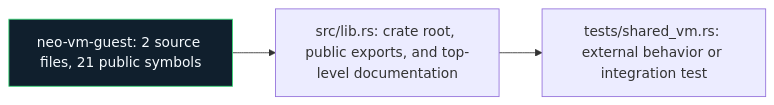
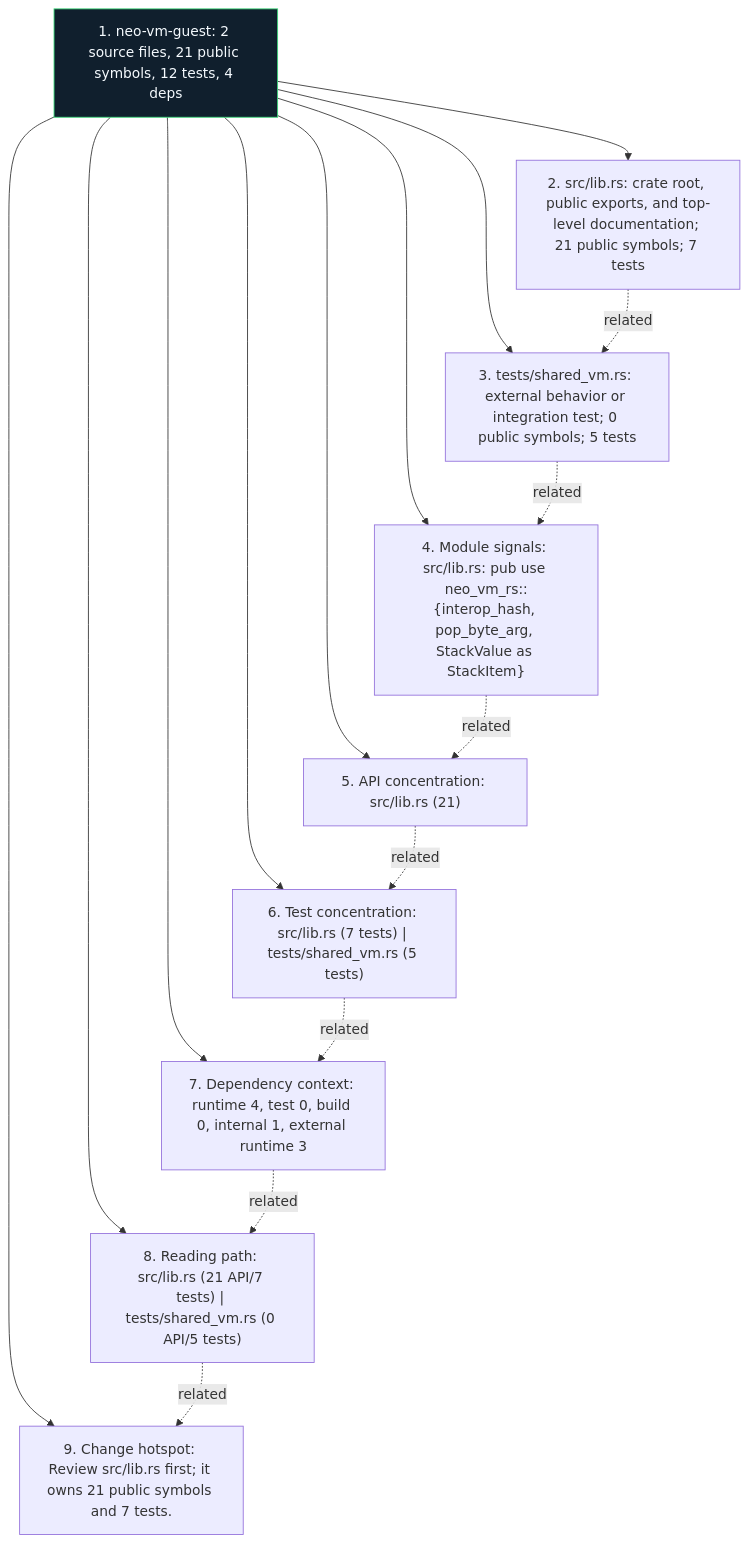
One commit to r3e-network/neo-zkvm changed the diagram in crates/neo-vm-guest/docs/figures/module-map.mmd. Above: the diagram before and after it, drawn with Mermaid. The commit also changed 307 other files, not shown here.

Commit message:
Deepen crate diagrams with source-aware atlas

```diff
--- a/crates/neo-vm-guest/docs/figures/module-map.mmd
+++ b/crates/neo-vm-guest/docs/figures/module-map.mmd
@@ -1,8 +1,27 @@
-flowchart LR
-    N1["neo-vm-guest: 2 source files, 21 public symbols"]
-    N2["src/lib.rs: crate root, public exports, and top-level documentation"]
-    N3["tests/shared_vm.rs: external behavior or integration test"]
+flowchart TB
+    N1["1. neo-vm-guest: 2 source files, 21 public symbols, 12 tests, 4 deps"]
+    N2["2. src/lib.rs: crate root, public exports, and top-level documentation; 21 public symbols; 7 tests"]
+    N3["3. tests/shared_vm.rs: external behavior or integration test; 0 public symbols; 5 tests"]
+    N4["4. Module signals: src/lib.rs: pub use neo_vm_rs::{interop_hash, pop_byte_arg, StackValue as StackItem}"]
+    N5["5. API concentration: src/lib.rs (21)"]
+    N6["6. Test concentration: src/lib.rs (7 tests) | tests/shared_vm.rs (5 tests)"]
+    N7["7. Dependency context: runtime 4, test 0, build 0, internal 1, external runtime 3"]
+    N8["8. Reading path: src/lib.rs (21 API/7 tests) | tests/shared_vm.rs (0 API/5 tests)"]
+    N9["9. Change hotspot: Review src/lib.rs first; it owns 21 public symbols and 7 tests."]
     N1 --> N2
-    N2 --> N3
+    N1 --> N3
+    N1 --> N4
+    N1 --> N5
+    N1 --> N6
+    N1 --> N7
+    N1 --> N8
+    N1 --> N9
+    N2 -. related .-> N3
+    N3 -. related .-> N4
+    N4 -. related .-> N5
+    N5 -. related .-> N6
+    N6 -. related .-> N7
+    N7 -. related .-> N8
+    N8 -. related .-> N9
     classDef crate fill:#101f2d,stroke:#38d978,color:#f6fbff
     class N1 crate
```
